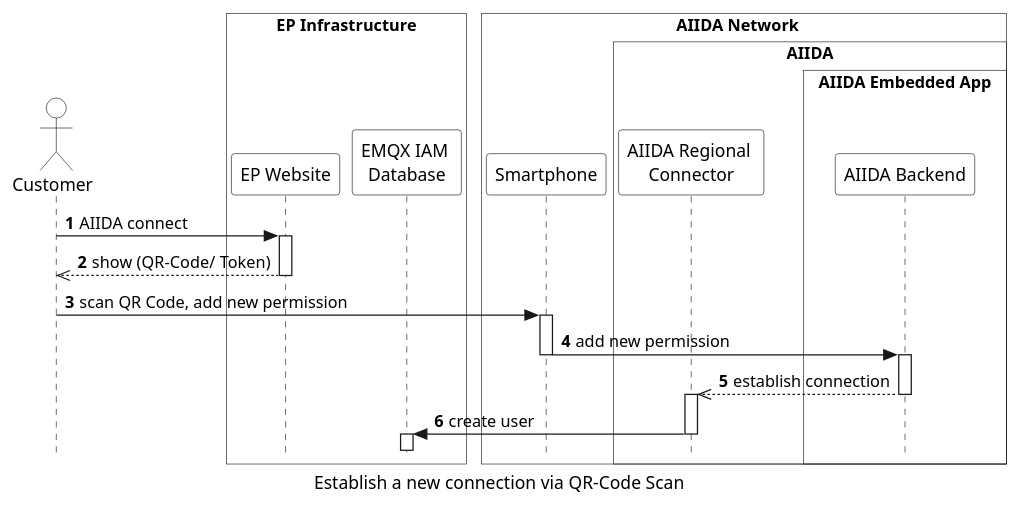
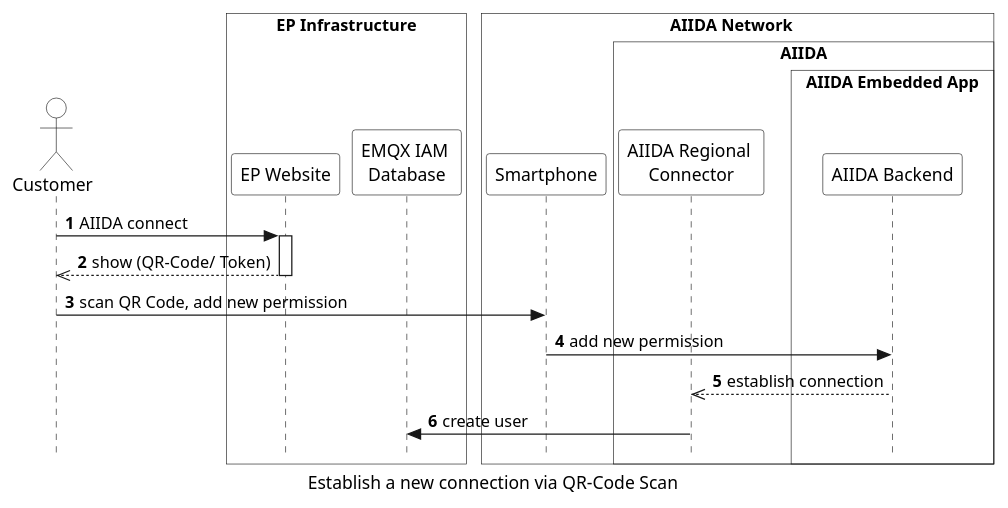
One commit to eddie-energy/architecture changed the diagram in arc42/aiida/runtime-view/figures/aiida_new_connection_qr.puml. Above: the diagram before and after it, drawn with PlantUML. The commit also changed 21 other files, not shown here.

```diff
--- a/arc42/aiida/runtime-view/figures/aiida_new_connection_qr.puml
+++ b/arc42/aiida/runtime-view/figures/aiida_new_connection_qr.puml
@@ -1,51 +1,47 @@
 @startuml aiida_new_connection_qr
 'sequence diagram
 caption Establish a new connection via QR-Code Scan
 
 skinparam style strictuml
 skinparam sequence {
   ParticipantBackgroundColor transparent
   ActorBackgroundColor transparent
 }
 
 autonumber
 !pragma teoz true
 
 actor "Customer" as user
 box "EP Infrastructure" #transparent
   participant "EP Website" as website
   participant "EMQX IAM \nDatabase" as database
 end box
 box "\tAIIDA Network\t\t"  #transparent
   participant "Smartphone" as smartphone  
     box "AIIDA" #transparent
     participant "AIIDA Regional \nConnector" as connector
        box "AIIDA Embedded App" #transparent
       participant "AIIDA Backend" as backend
     end box
   end box
 
 
 user -> website : AIIDA connect
 activate website
 
   website -->> user : show (QR-Code/ Token)
 deactivate website
 
 
   user -> smartphone : scan QR Code, add new permission
-  activate smartphone
+
     smartphone -> backend : add new permission
-    deactivate smartphone
-    activate backend
+   
+
     backend -->> connector : establish connection
-    activate connector
-    deactivate backend
+
     connector -> database : create user
-    deactivate connector
-    activate database
-    deactivate database
-  deactivate smartphone
+
 
 
 @enduml
```
